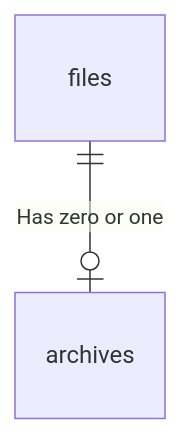
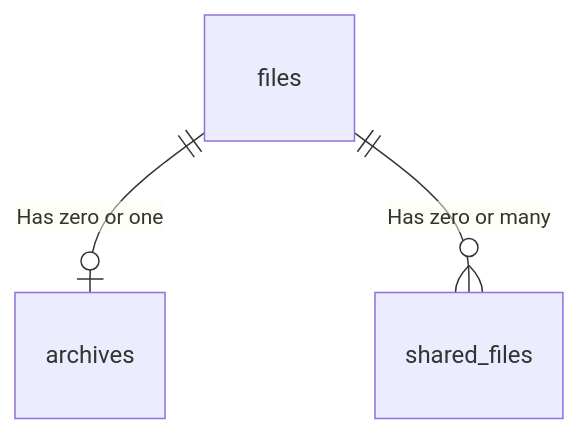
Before and after one commit to hawks-atlanta/docs: the fourth of 4 diagrams in Database.md, drawn with Mermaid. The commit also changed other lines of this file and 5 other files, not shown here.

First line of the commit message:
docs: updated database schemas with new ER-Diagrams (#20)

````diff
--- a/Database.md
+++ b/Database.md
@@ -102,4 +110,5 @@
 ```mermaid
 erDiagram
-	files ||--o| archives: "Has zero or one"
+	files ||--o| archives:     "Has zero or one"
+	files ||--o{ shared_files: "Has zero or many"
 ```
````
